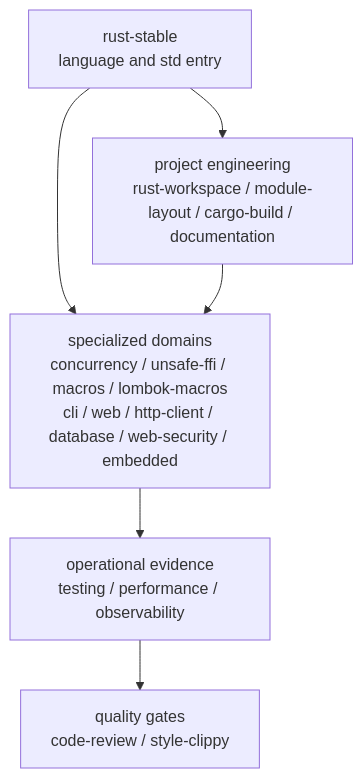
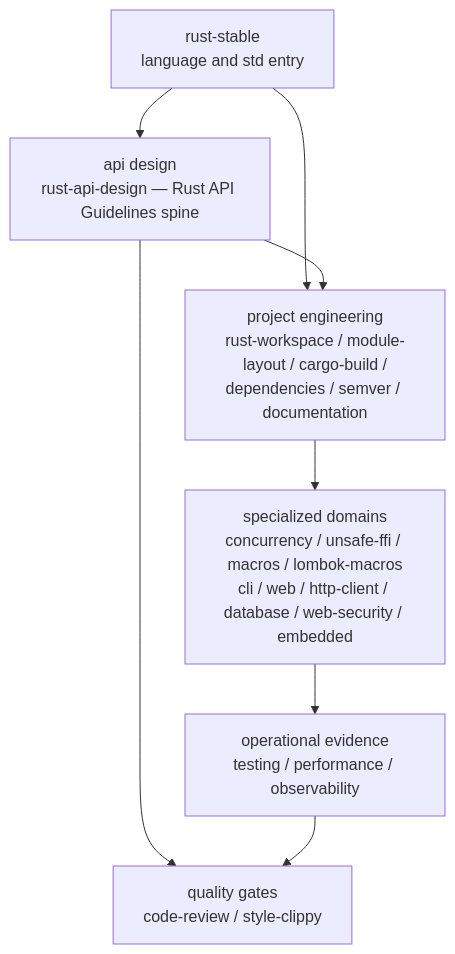
One commit to full-stack-skills/rust-skills changed the diagram in README.md. Above: the diagram before and after it, drawn with Mermaid. The commit also changed other lines of this file and 36 other files, not shown here.

First line of the commit message:
feat(rust): 拆解 Rust API Guidelines 与 Cargo Book，新增 3 技能、优化 4 技能

````diff
--- a/README.md
+++ b/README.md
@@ -55,14 +55,17 @@
 ```mermaid
 flowchart TB
     S["rust-stable<br/>language and std entry"]
-    P["project engineering<br/>rust-workspace / module-layout / cargo-build / documentation"]
+    A["api design<br/>rust-api-design — Rust API Guidelines spine"]
+    P["project engineering<br/>rust-workspace / module-layout / cargo-build /<br/>dependencies / semver / documentation"]
     D["specialized domains<br/>concurrency / unsafe-ffi / macros / lombok-macros<br/>cli / web / http-client / database / web-security / embedded"]
     O["operational evidence<br/>testing / performance / observability"]
     Q["quality gates<br/>code-review / style-clippy"]
 
+    S --> A
     S --> P
-    S --> D
+    A --> P
+    A --> Q
     P --> D
     D --> O
     O --> Q
 ```
````
